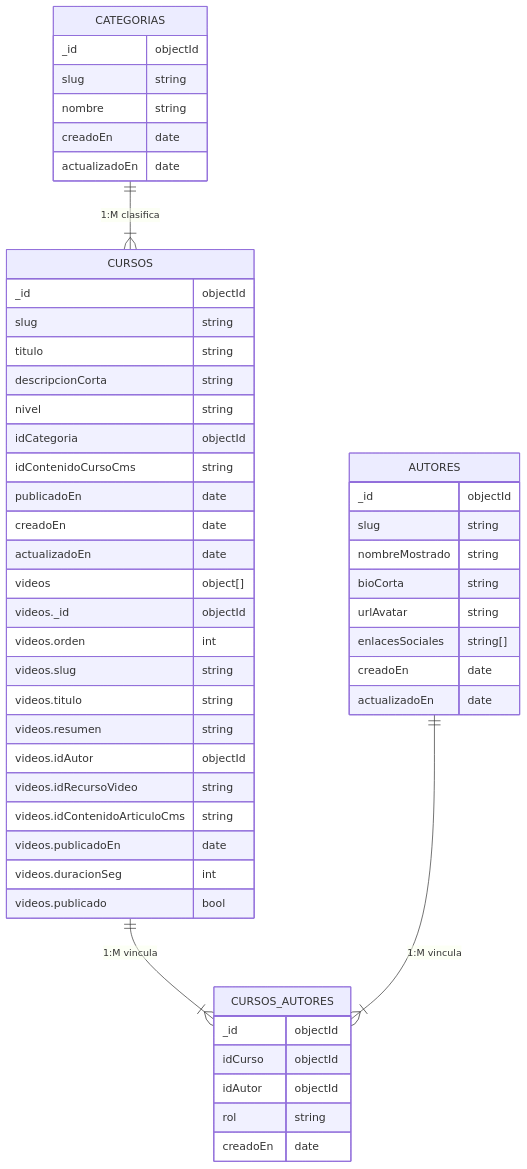
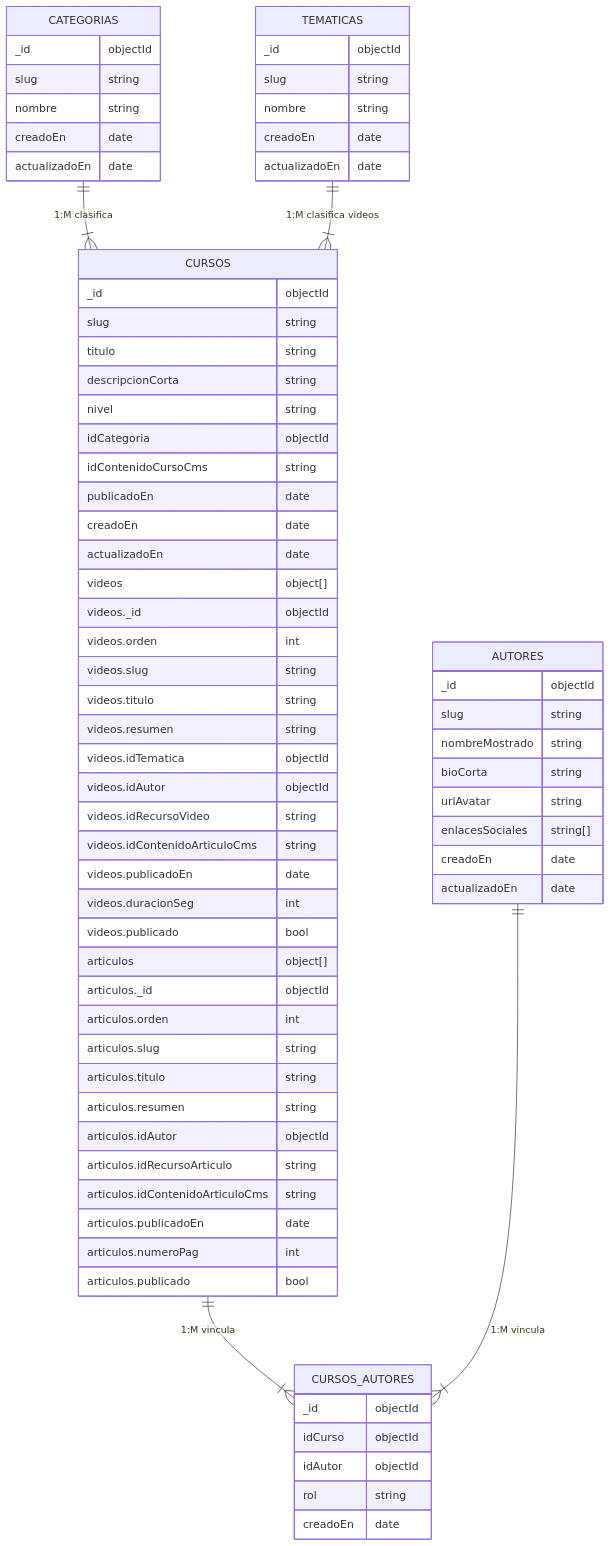
Before and after one commit to vrcastro1975/backend-laboratorio1a: the diagram in basica/diagrama.md, drawn with Mermaid. The commit also changed other lines of this file and 4 other files, not shown here.

````diff
--- a/basica/diagrama.md
+++ b/basica/diagrama.md
@@ -9,58 +10,80 @@
 ```mermaid
 erDiagram
     CATEGORIAS ||--|{ CURSOS : "1:M clasifica"
+    TEMATICAS ||--|{ CURSOS : "1:M clasifica videos"
     CURSOS ||--|{ CURSOS_AUTORES : "1:M vincula"
     AUTORES ||--|{ CURSOS_AUTORES : "1:M vincula"
 
     CATEGORIAS {
+      _id objectId
+      slug string
+      nombre string
+      creadoEn date
+      actualizadoEn date
+    }
+
+    TEMATICAS {
       _id objectId
       slug string
       nombre string
       creadoEn date
       actualizadoEn date
     }
 
     AUTORES {
       _id objectId
       slug string
       nombreMostrado string
       bioCorta string
       urlAvatar string
       enlacesSociales string[]
       creadoEn date
       actualizadoEn date
     }
 
     CURSOS {
       _id objectId
       slug string
       titulo string
       descripcionCorta string
       nivel string
       idCategoria objectId
       idContenidoCursoCms string
       publicadoEn date
       creadoEn date
       actualizadoEn date
       videos object[]
         videos._id objectId
         videos.orden int
         videos.slug string
         videos.titulo string
         videos.resumen string
+        videos.idTematica objectId
         videos.idAutor objectId
         videos.idRecursoVideo string
         videos.idContenidoArticuloCms string
         videos.publicadoEn date
         videos.duracionSeg int
         videos.publicado bool
+      articulos object[]
+        articulos._id objectId
+        articulos.orden int
+        articulos.slug string
+        articulos.titulo string
+        articulos.resumen string
+        articulos.idAutor objectId
+        articulos.idRecursoArticulo string
+        articulos.idContenidoArticuloCms string
+        articulos.publicadoEn date
+        articulos.numeroPag int
+        articulos.publicado bool
     }
 
     CURSOS_AUTORES {
       _id objectId
       idCurso objectId
       idAutor objectId
       rol string
       creadoEn date
     }
 ```
````
